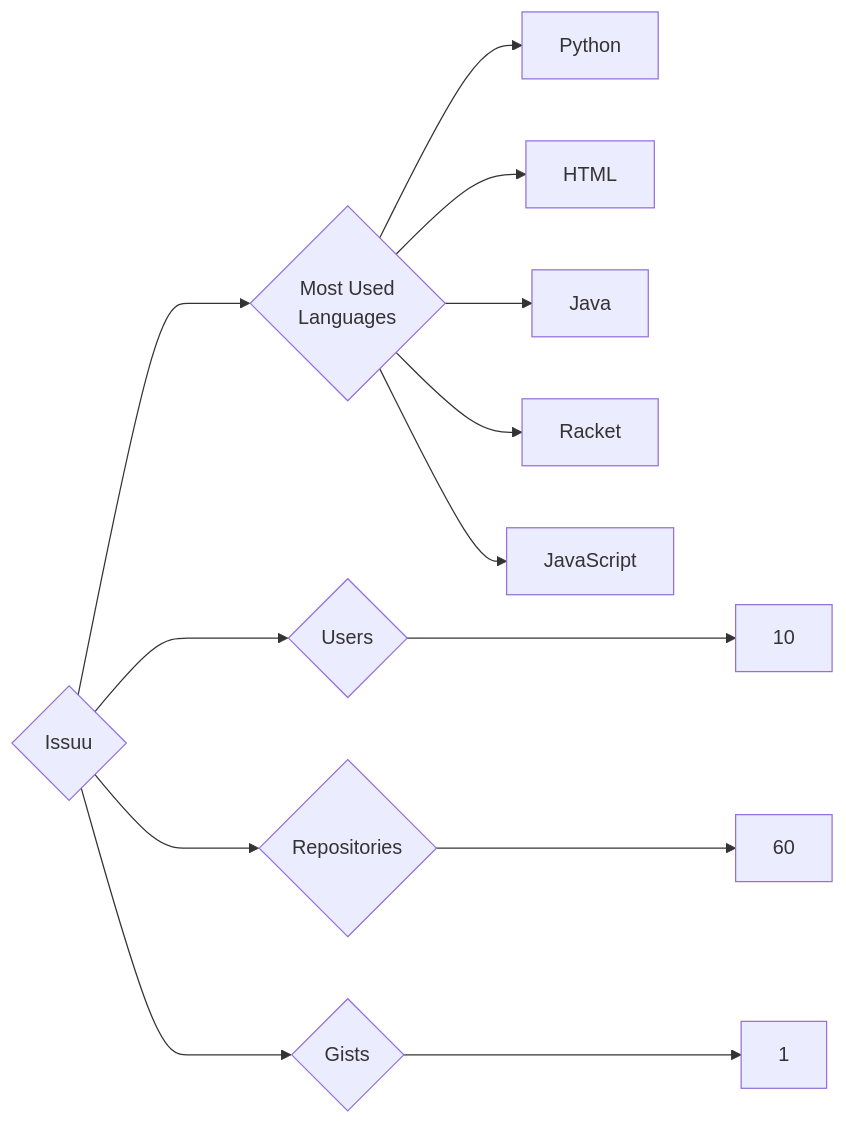
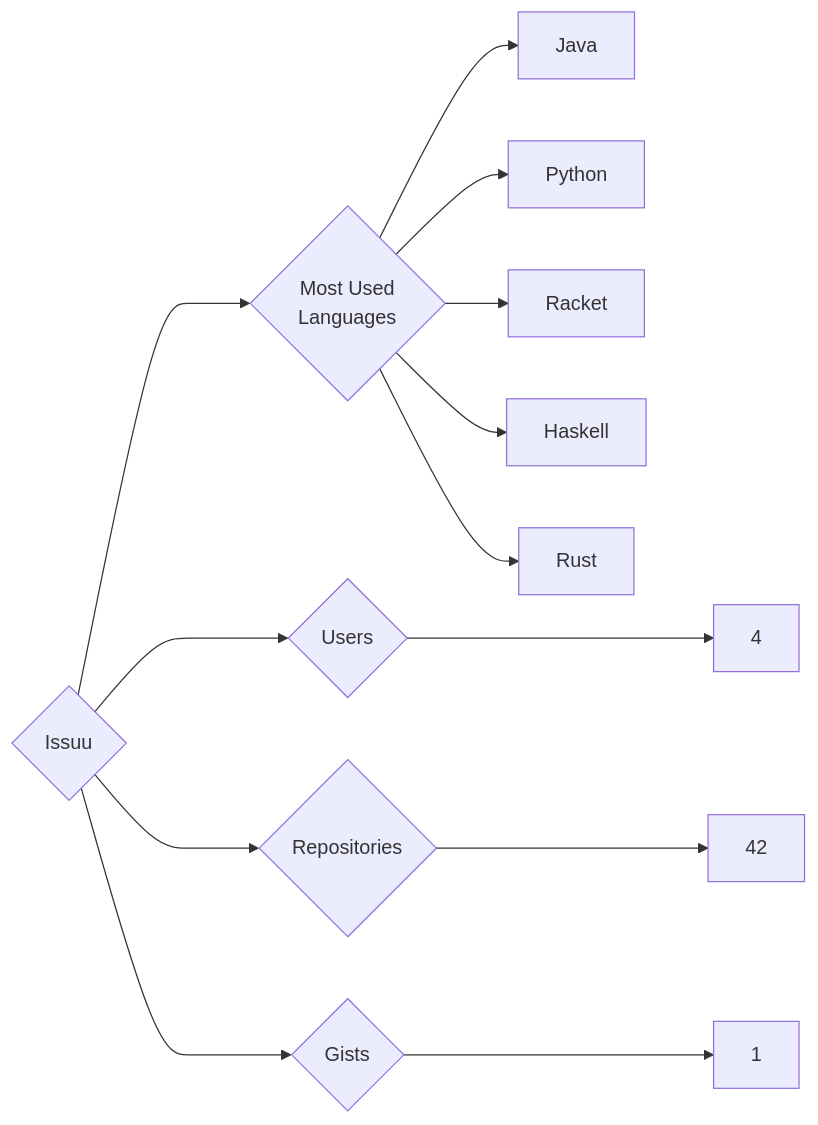
One commit to trickest/insiders changed the diagram in targets/Issuu/README.md. Above: the diagram before and after it, drawn with Mermaid. The commit also changed 1195 other files, not shown here.

````diff
--- a/targets/Issuu/README.md
+++ b/targets/Issuu/README.md
@@ -3,13 +3,13 @@
 ```mermaid
 graph LR
 COMPANY_NAME{Issuu}
-COMPANY_NAME ---> U{Users} ---> UN[10]
-COMPANY_NAME ---> R{Repositories} ---> RN[60]
+COMPANY_NAME ---> U{Users} ---> UN[4]
+COMPANY_NAME ---> R{Repositories} ---> RN[42]
 COMPANY_NAME ---> G{Gists} ---> GN[1]
 COMPANY_NAME ---> ML{Most Used<br>Languages}
+ML --> Java[Java]
 ML --> Python[Python]
-ML --> HTML[HTML]
-ML --> Java[Java]
 ML --> Racket[Racket]
-ML --> JavaScript[JavaScript]
+ML --> Haskell[Haskell]
+ML --> Rust[Rust]
 ```
````
